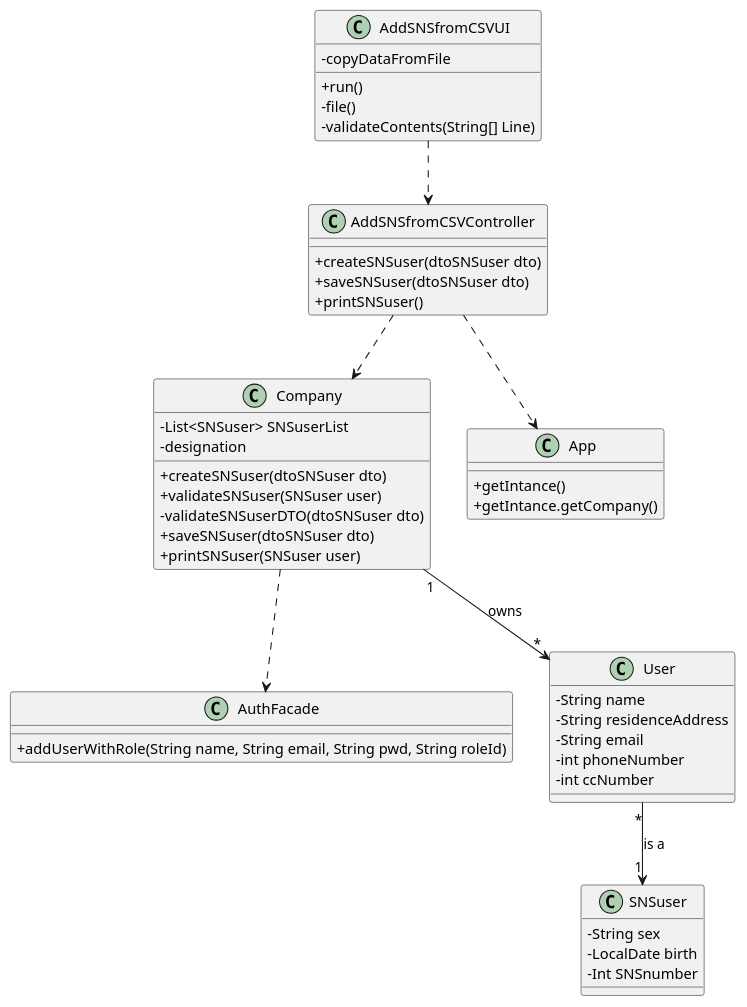
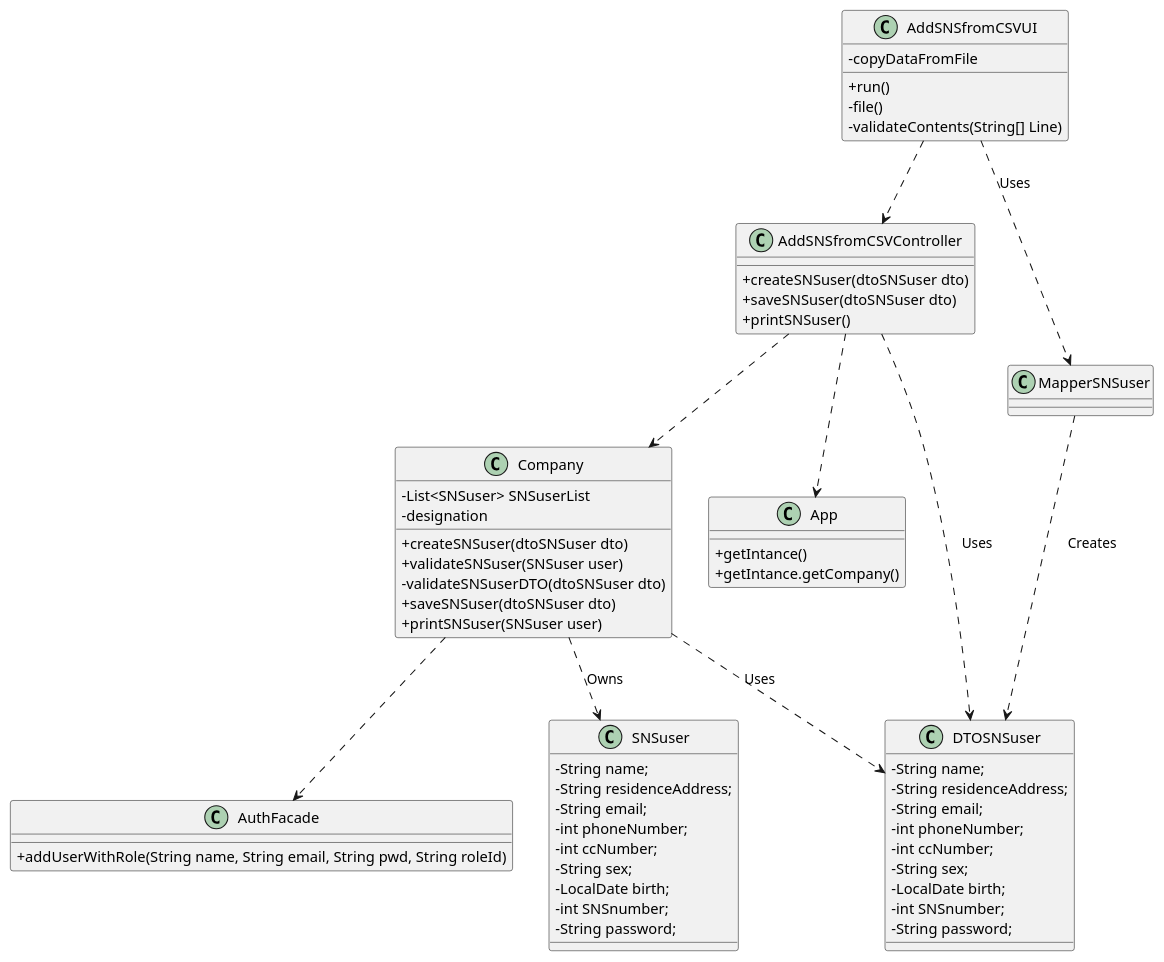
Before and after one commit to osnilas/SNSsystem: the diagram in docs/SprintC/US014/US014_CD.puml, drawn with PlantUML. The commit also changed 12 other files, not shown here.

```diff
--- a/docs/SprintC/US014/US014_CD.puml
+++ b/docs/SprintC/US014/US014_CD.puml
@@ -1,57 +1,73 @@
 @startuml
 'https://plantuml.com/class-diagram
 skinparam classAttributeIconSize 0
 
 Class Company{
 -List<SNSuser> SNSuserList
 -designation
     +createSNSuser(dtoSNSuser dto)
     +validateSNSuser(SNSuser user)
     -validateSNSuserDTO(dtoSNSuser dto)
     +saveSNSuser(dtoSNSuser dto)
     +printSNSuser(SNSuser user)
 }
 Class AuthFacade{
 +addUserWithRole(String name, String email, String pwd, String roleId)
 }
 
 Class App{
 +getIntance()
 +getIntance.getCompany()
 }
 
 Class SNSuser{
--String sex
--LocalDate birth
--Int SNSnumber
-}
-
-Class User{
--String name
--String residenceAddress
--String email
--int phoneNumber
--int ccNumber
+- String name;
+    - String residenceAddress;
+    - String email;
+    - int phoneNumber;
+    - int ccNumber;
+    - String sex;
+    - LocalDate birth;
+    - int SNSnumber;
+    - String password;
 }
 
 Class AddSNSfromCSVUI{
 +run()
 -file()
 -copyDataFromFile
 -validateContents(String[] Line)
 }
 Class AddSNSfromCSVController{
 +createSNSuser(dtoSNSuser dto)
 +saveSNSuser(dtoSNSuser dto)
 +printSNSuser()
 }
 
+Class DTOSNSuser{
+- String name;
+    - String residenceAddress;
+    - String email;
+    - int phoneNumber;
+    - int ccNumber;
+    - String sex;
+    - LocalDate birth;
+    - int SNSnumber;
+    - String password;
+}
+
+Class MapperSNSuser{
+}
+
 AddSNSfromCSVUI..>AddSNSfromCSVController
+AddSNSfromCSVUI..>MapperSNSuser:Uses
+MapperSNSuser..>DTOSNSuser:Creates
 AddSNSfromCSVController..>Company
 AddSNSfromCSVController..>App
-Company"1"-->"*"User:owns
+AddSNSfromCSVController..>DTOSNSuser:Uses
+Company..>SNSuser:Owns
 Company..>AuthFacade
-User"*"-->"1"SNSuser:is a
+Company..>DTOSNSuser:Uses
 
 
 @enduml
```
